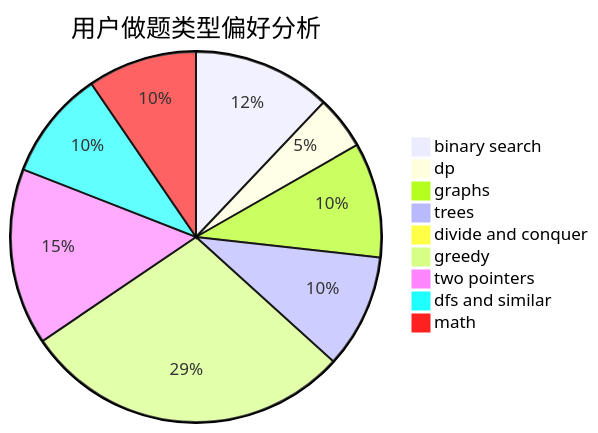
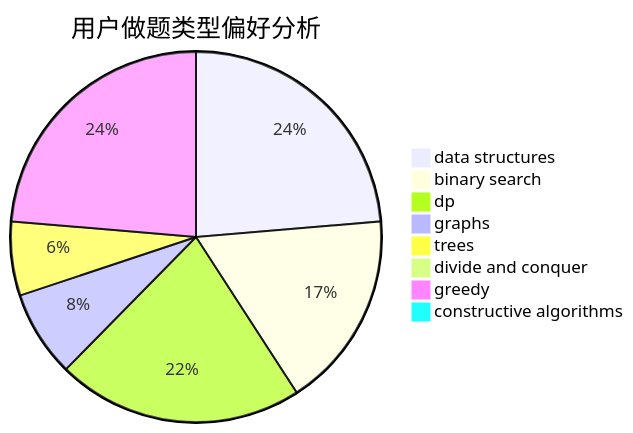
Before and after one commit to sherpahu/cfrs.github.io: the second of 3 diagrams in docs/user/u1617.md, drawn with Mermaid. The commit also changed other lines of this file and 2775 other files, not shown here.

````diff
--- a/docs/user/u1617.md
+++ b/docs/user/u1617.md
@@ -23,12 +23,11 @@
 ```mermaid
 pie title 用户做题类型偏好分析
-    "binary search" :  119
-    "dp" :  46
-    "graphs" :  99
-    "trees" :  98
+    "data structures" :  22
+    "binary search" :  16
+    "dp" :  20
+    "graphs" :  7
+    "trees" :  6
     "divide and conquer" :  0
-    "greedy" :  284
-    "two pointers" :  152
-    "dfs and similar" :  94
-    "math" :  94
+    "greedy" :  22
+    "constructive algorithms" :  0
 ```
````
